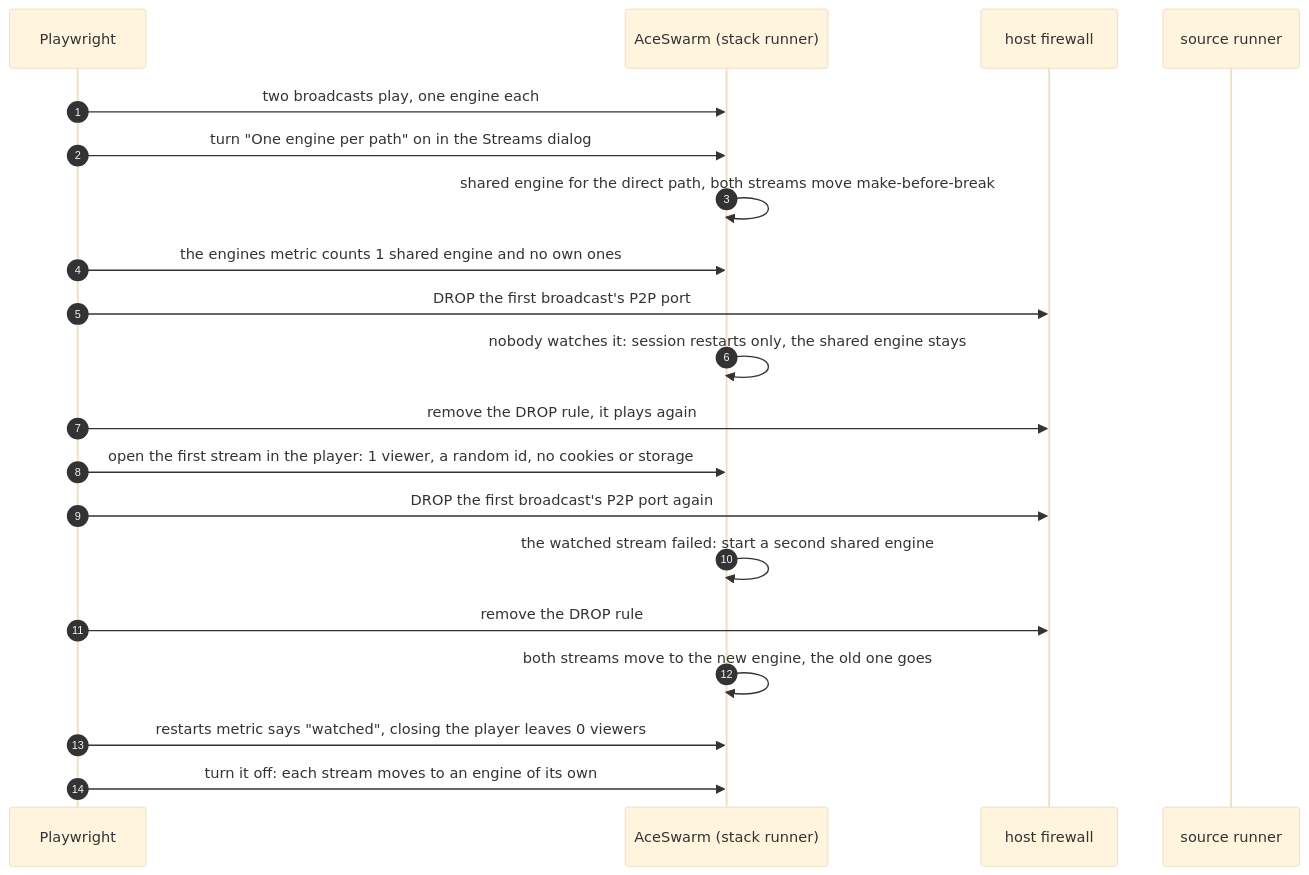
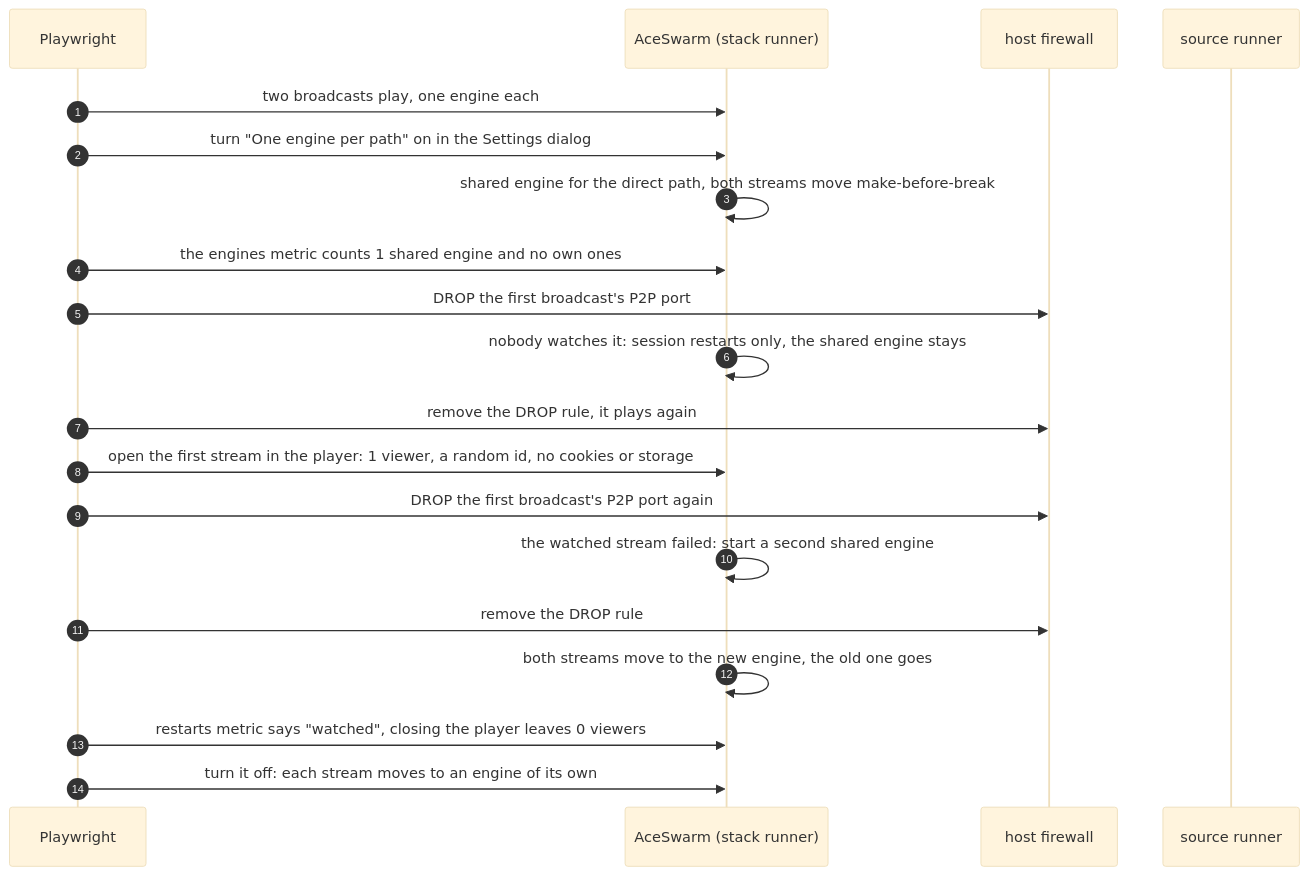
One commit to sergimn/AceSwarm changed diagram 12 of 14 in e2e/README.md. Above: the diagram before and after it, drawn with Mermaid (base theme). The commit also changed other lines of this file and 11 other files, not shown here.

First line of the commit message:
Move the preview, engine sharing and hot standby settings to Settings at the bottom of the rail (#59)

````diff
--- a/e2e/README.md
+++ b/e2e/README.md
@@ -330,22 +330,22 @@
 ```mermaid
 sequenceDiagram
   autonumber
   participant T as Playwright
   participant AS as AceSwarm (stack runner)
   participant FW as host firewall
   participant SRC as source runner
   T->>AS: two broadcasts play, one engine each
-  T->>AS: turn "One engine per path" on in the Streams dialog
+  T->>AS: turn "One engine per path" on in the Settings dialog
   AS->>AS: shared engine for the direct path, both streams move make-before-break
   T->>AS: the engines metric counts 1 shared engine and no own ones
   T->>FW: DROP the first broadcast's P2P port
   AS->>AS: nobody watches it: session restarts only, the shared engine stays
   T->>FW: remove the DROP rule, it plays again
   T->>AS: open the first stream in the player: 1 viewer, a random id, no cookies or storage
   T->>FW: DROP the first broadcast's P2P port again
   AS->>AS: the watched stream failed: start a second shared engine
   T->>FW: remove the DROP rule
   AS->>AS: both streams move to the new engine, the old one goes
   T->>AS: restarts metric says "watched", closing the player leaves 0 viewers
   T->>AS: turn it off: each stream moves to an engine of its own
 ```
````
